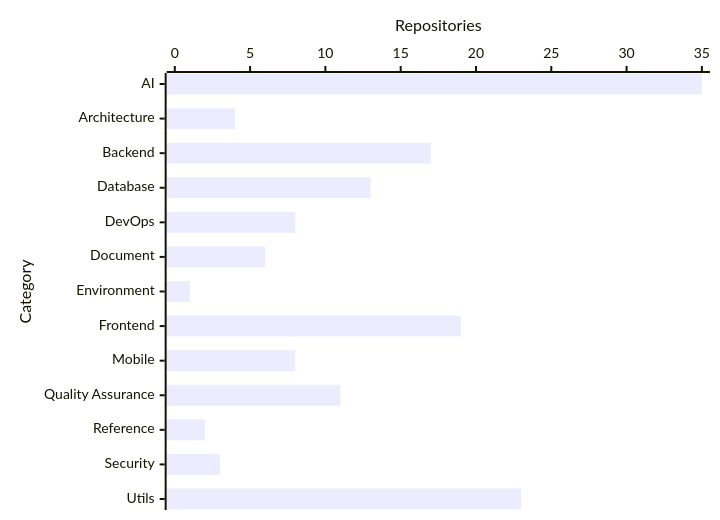
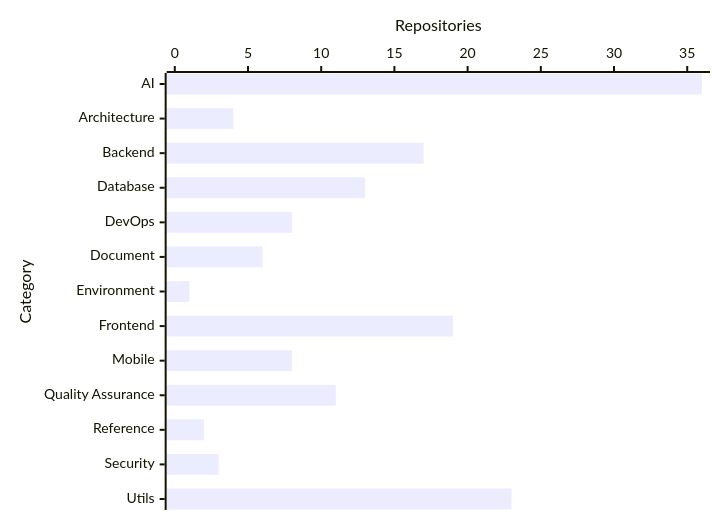
One commit to prawee/resource changed the diagram in README.md. Above: the diagram before and after it, drawn with Mermaid. The commit also changed other lines of this file, not shown here.

````diff
--- a/README.md
+++ b/README.md
@@ -11,6 +11,6 @@
 ```mermaid
 xychart-beta horizontal
     x-axis "Category" ["AI", "Architecture", "Backend", "Database", "DevOps", "Document", "Environment", "Frontend", "Mobile", "Quality Assurance", "Reference", "Security", "Utils"]
-    y-axis "Repositories" 0 --> 35
-    bar [35, 4, 17, 13, 8, 6, 1, 19, 8, 11, 2, 3, 23]
+    y-axis "Repositories" 0 --> 36
+    bar [36, 4, 17, 13, 8, 6, 1, 19, 8, 11, 2, 3, 23]
 ```
````
